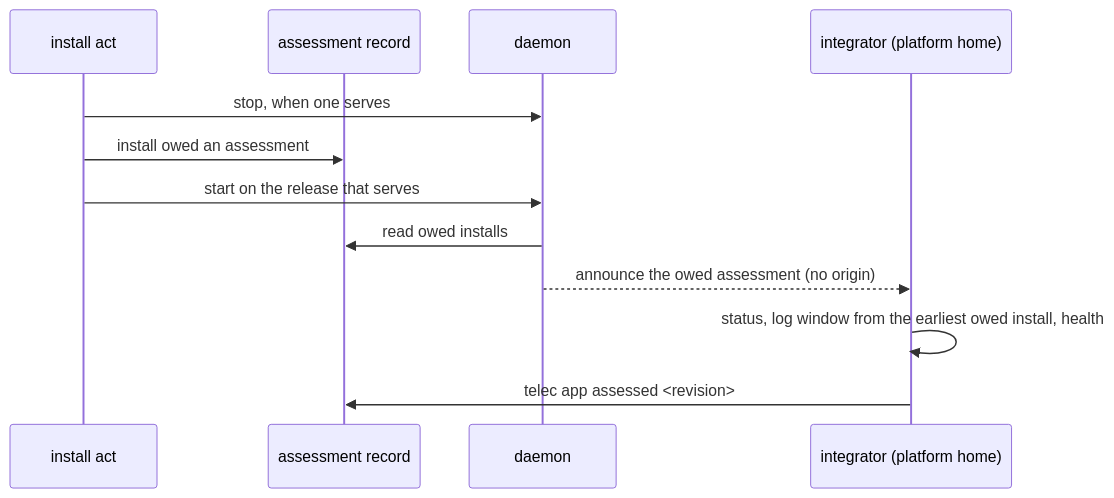
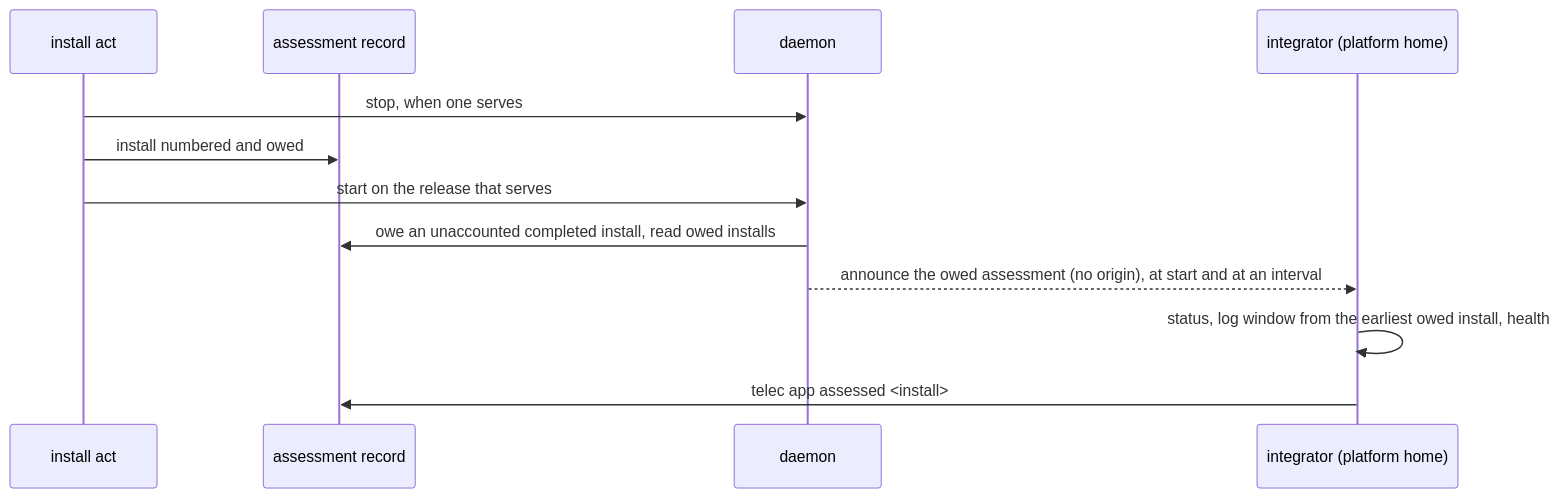
Before and after one commit to InstruktAI/TeleClaude: the third of 3 diagrams in docs/local/design/architecture/installation.md, drawn with Mermaid. The commit also changed other lines of this file and 2 other files, not shown here.

First line of the commit message:
docs(installation): number owed installs, owe older installers' installs at start, repeat the announcement [skip ci]

````diff
--- a/docs/local/design/architecture/installation.md
+++ b/docs/local/design/architecture/installation.md
@@ -226,14 +226,14 @@
 ```mermaid
 sequenceDiagram
   participant Rec as install act
   participant IR as assessment record
   participant D as daemon
   participant I as integrator (platform home)
   Rec->>D: stop, when one serves
-  Rec->>IR: install owed an assessment
+  Rec->>IR: install numbered and owed
   Rec->>D: start on the release that serves
-  D->>IR: read owed installs
-  D-->>I: announce the owed assessment (no origin)
+  D->>IR: owe an unaccounted completed install, read owed installs
+  D-->>I: announce the owed assessment (no origin), at start and at an interval
   I->>I: status, log window from the earliest owed install, health
-  I->>IR: telec app assessed <revision>
+  I->>IR: telec app assessed <install>
 ```
````
